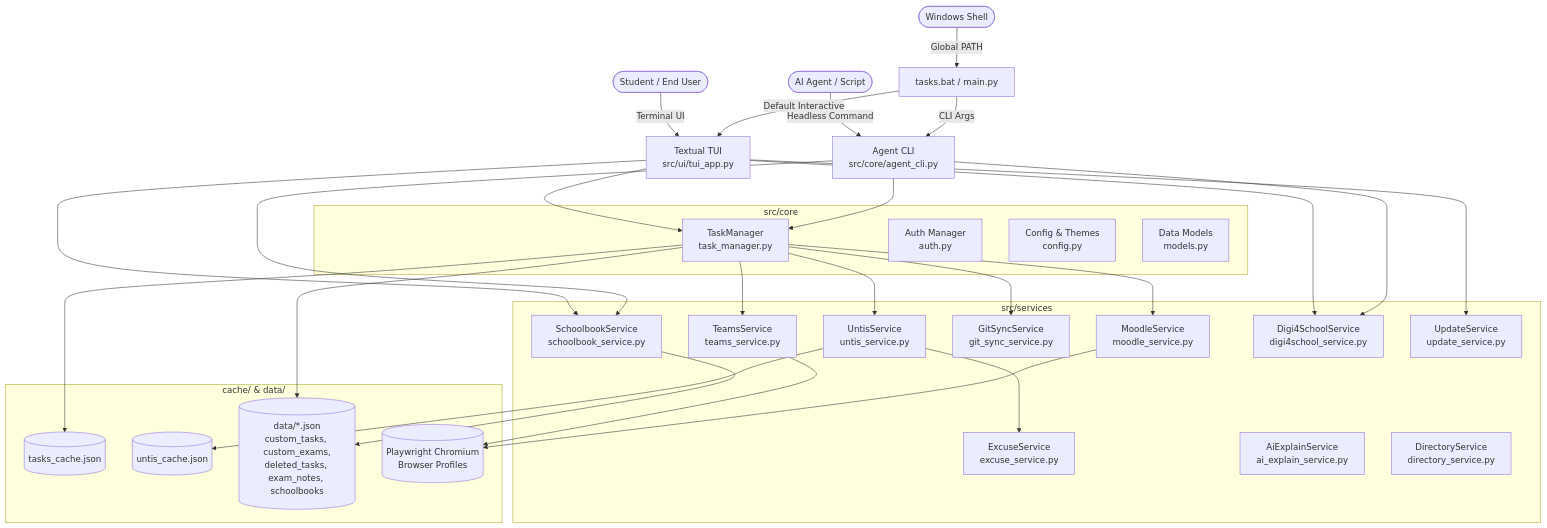
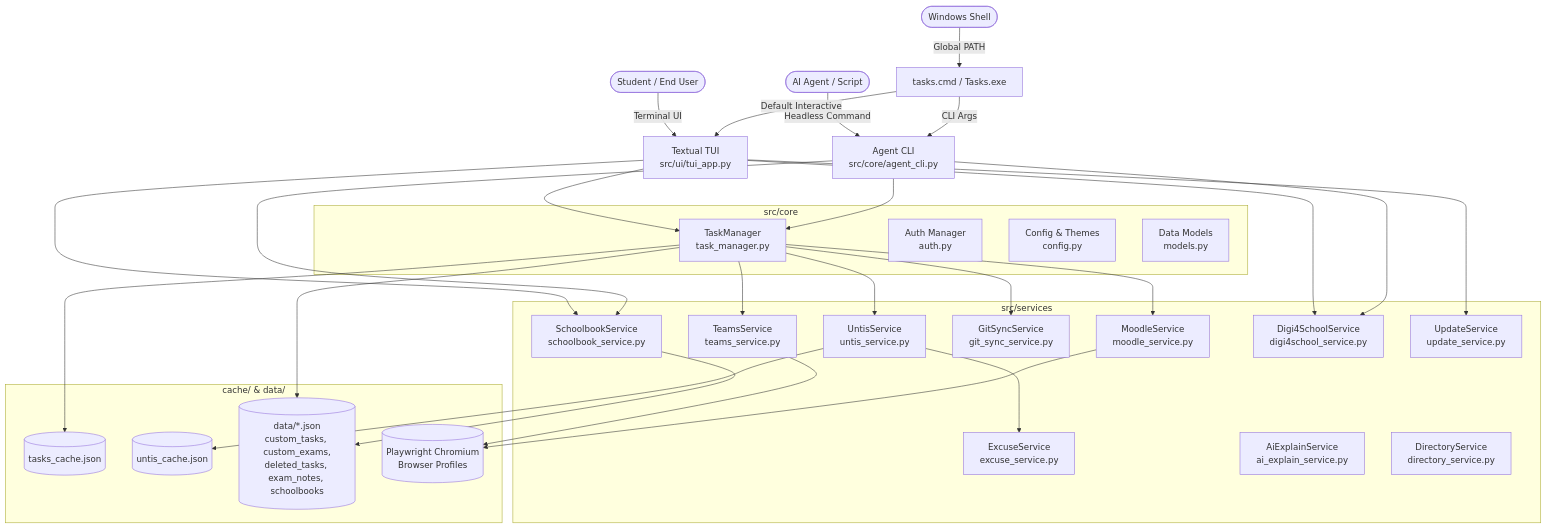
One commit to X4nd109/Tasks changed the first of 3 diagrams in docs/architecture.md. Above: the diagram before and after it, drawn with Mermaid. The commit also changed other lines of this file and 4 other files, not shown here.

Commit message:
docs: synchronize architecture, conventions and feature docs with standalone v2.3.0

````diff
--- a/docs/architecture.md
+++ b/docs/architecture.md
@@ -7,57 +7,57 @@
 ```mermaid
 graph TD
     User([Student / End User]) -->|Terminal UI| TUI[Textual TUI<br/>src/ui/tui_app.py]
     Agent([AI Agent / Script]) -->|Headless Command| CLI[Agent CLI<br/>src/core/agent_cli.py]
-    Shell([Windows Shell]) -->|Global PATH| TasksBat[tasks.bat / main.py]
+    Shell([Windows Shell]) -->|Global PATH| TasksCmd[tasks.cmd / Tasks.exe]
 
-    TasksBat -->|CLI Args| CLI
-    TasksBat -->|Default Interactive| TUI
+    TasksCmd -->|CLI Args| CLI
+    TasksCmd -->|Default Interactive| TUI
 
     subgraph Core Layer [src/core]
         TM[TaskManager<br/>task_manager.py]
         Auth[Auth Manager<br/>auth.py]
         Cfg[Config & Themes<br/>config.py]
         Models[Data Models<br/>models.py]
     end
 
     subgraph Service Layer [src/services]
         Moodle[MoodleService<br/>moodle_service.py]
         Teams[TeamsService<br/>teams_service.py]
         Untis[UntisService<br/>untis_service.py]
         Excuse[ExcuseService<br/>excuse_service.py]
         GitSync[GitSyncService<br/>git_sync_service.py]
         Schoolbook[SchoolbookService<br/>schoolbook_service.py]
         Digi4School[Digi4SchoolService<br/>digi4school_service.py]
         Update[UpdateService<br/>update_service.py]
         AiExplain[AiExplainService<br/>ai_explain_service.py]
         DirectoryService[DirectoryService<br/>directory_service.py]
     end
 
     subgraph Storage Layer [cache/ & data/]
         TCache[(tasks_cache.json)]
         UCache[(untis_cache.json)]
         DataFiles[(data/*.json<br/>custom_tasks, custom_exams,<br/>deleted_tasks, exam_notes, schoolbooks)]
         BrowserProfiles[(Playwright Chromium<br/>Browser Profiles)]
     end
 
     TUI --> TM
     CLI --> TM
     TUI --> Schoolbook
     TUI --> Digi4School
     TUI --> Update
     CLI --> Schoolbook
     CLI --> Digi4School
 
     TM --> Moodle
     TM --> Teams
     TM --> Untis
     TM --> GitSync
     Untis --> Excuse
     Schoolbook --> DataFiles
 
     TM --> TCache
     TM --> DataFiles
     Untis --> UCache
     Teams --> BrowserProfiles
     Moodle --> BrowserProfiles
 ```
````
